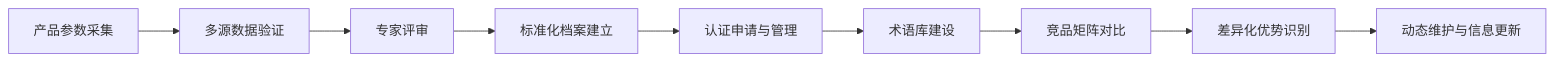
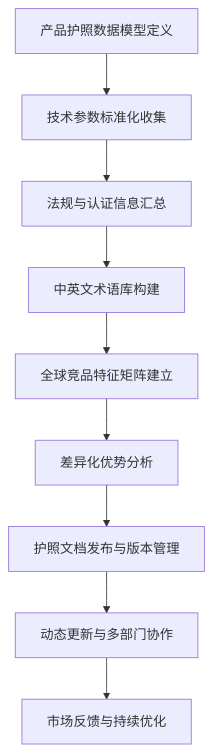
The diagram in results_perplexity/topic_1_产品国际化护照构建/report_topic_1_perplexity.md (Miles2048/research-agent), drawn with Mermaid before and after one commit. The commit also changed other lines of this file and 61 other files, not shown here.

````diff
--- a/results_perplexity/topic_1_产品国际化护照构建/report_topic_1_perplexity.md
+++ b/results_perplexity/topic_1_产品国际化护照构建/report_topic_1_perplexity.md
@@ -278,11 +250,11 @@
 ```mermaid
-flowchart LR
-    A[产品参数采集] --> B[多源数据验证]
-    B --> C[专家评审]
-    C --> D[标准化档案建立]
-    D --> E[认证申请与管理]
-    E --> F[术语库建设]
-    F --> G[竞品矩阵对比]
-    G --> H[差异化优势识别]
-    H --> I[动态维护与信息更新]
+flowchart TD
+    A[产品护照数据模型定义] --> B[技术参数标准化收集]
+    B --> C[法规与认证信息汇总]
+    C --> D[中英文术语库构建]
+    D --> E[全球竞品特征矩阵建立]
+    E --> F[差异化优势分析]
+    F --> G[护照文档发布与版本管理]
+    G --> H[动态更新与多部门协作]
+    H --> I[市场反馈与持续优化]
 ```
````
